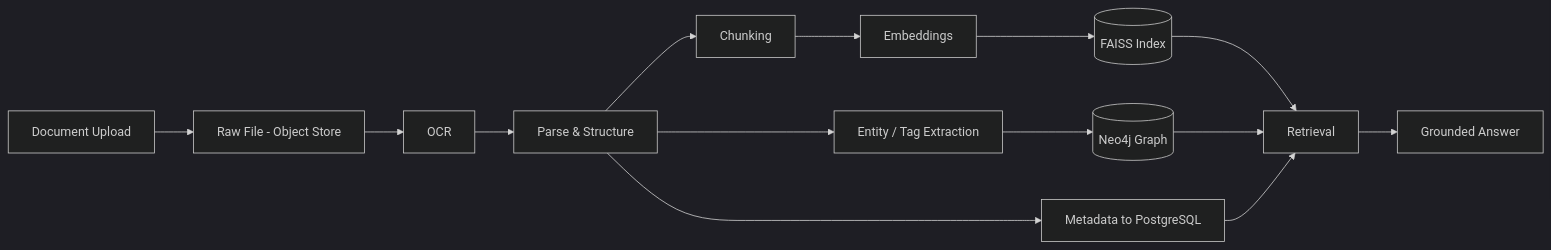
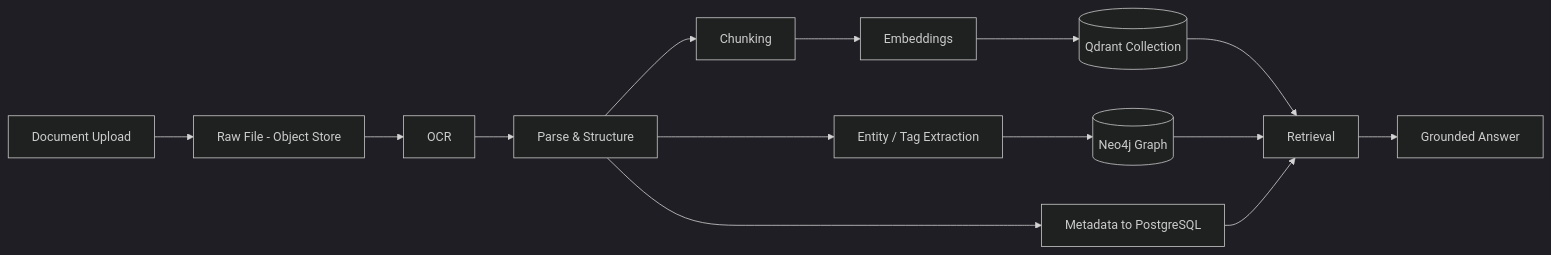
One commit to pratapVansh/TRACE changed the sixth of 10 diagrams in docs/03_SYSTEM_ARCHITECTURE.md. Above: the diagram before and after it, drawn with Mermaid (dark theme). The commit also changed other lines of this file and 60 other files, not shown here.

````diff
--- a/docs/03_SYSTEM_ARCHITECTURE.md
+++ b/docs/03_SYSTEM_ARCHITECTURE.md
@@ -252,16 +258,16 @@
 ```mermaid
 flowchart LR
     UP["Document Upload"] --> RAW["Raw File - Object Store"]
     RAW --> OCR["OCR"]
     OCR --> PARSE["Parse & Structure"]
     PARSE --> META["Metadata to PostgreSQL"]
     PARSE --> ENT["Entity / Tag Extraction"]
     ENT --> NEO[("Neo4j Graph")]
     PARSE --> CHK["Chunking"]
     CHK --> EMB["Embeddings"]
-    EMB --> VEC[("FAISS Index")]
+    EMB --> VEC[("Qdrant Collection")]
     VEC --> RET["Retrieval"]
     NEO --> RET
     META --> RET
     RET --> ANS["Grounded Answer"]
 ```
````
